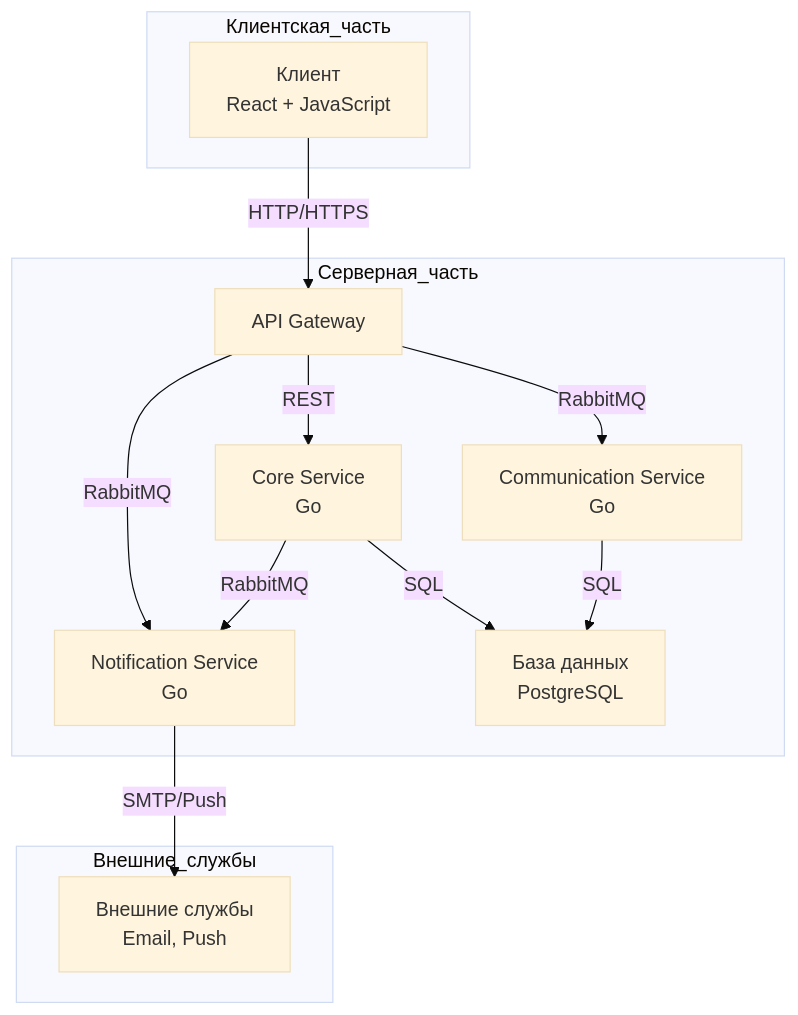
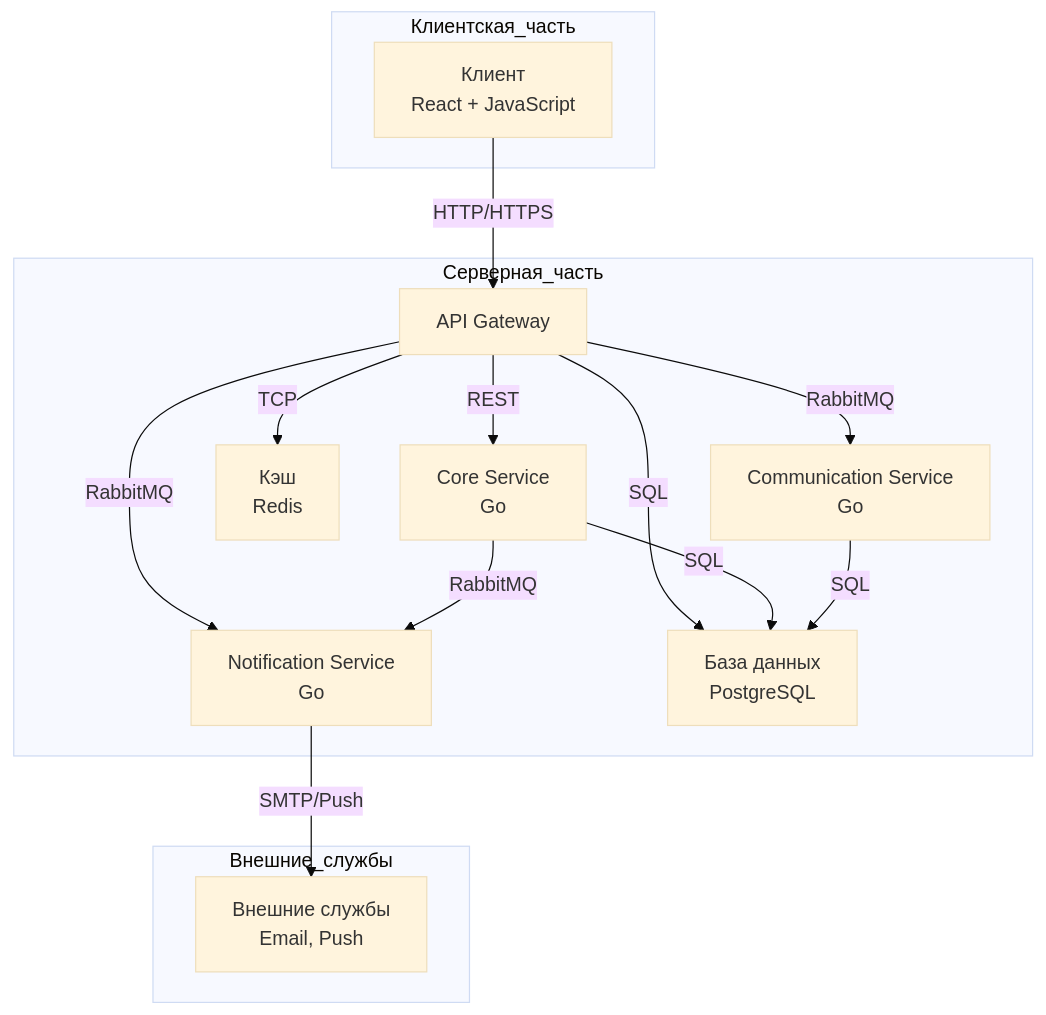
Before and after one commit to PabloPerdolie/eventManagement: the diagram in diagrams/components.md, drawn with Mermaid (base theme). The commit also changed 6 other files, not shown here.

`````diff
--- a/diagrams/components.md
+++ b/diagrams/components.md
@@ -1,22 +1,24 @@
 ````mermaid
 graph TD
 subgraph Клиентская_часть
 Client[Клиент <br> React + JavaScript]
 end
 
 subgraph Серверная_часть
 APIGateway[API Gateway] -->|REST| CoreService[Core Service <br> Go]
+APIGateway -->|TCP| Cash[Кэш <br> Redis]
 APIGateway -->|RabbitMQ| Service[Notification Service <br> Go]
 APIGateway -->|RabbitMQ| CommunicationService[Communication Service <br> Go]
+APIGateway -->|SQL| Database[База данных <br> Go]
 CoreService -->|RabbitMQ| Service[Notification Service <br> Go]
 
 CoreService -->|SQL| Database[База данных <br> PostgreSQL]
 CommunicationService -->|SQL| Database
 end
 
 Client -->|HTTP/HTTPS| APIGateway
 
 subgraph Внешние_службы
 Service -->|SMTP/Push| External[Внешние службы <br> Email, Push]
 end
 ````
`````
